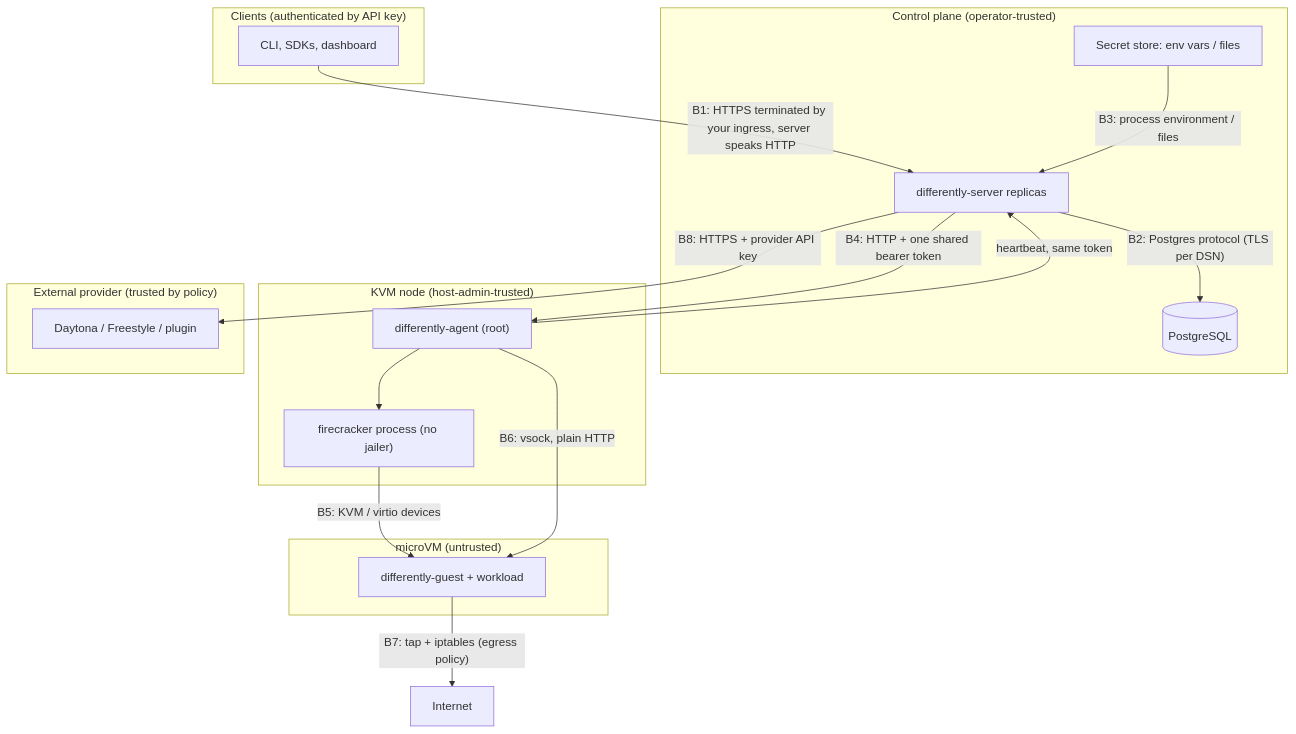
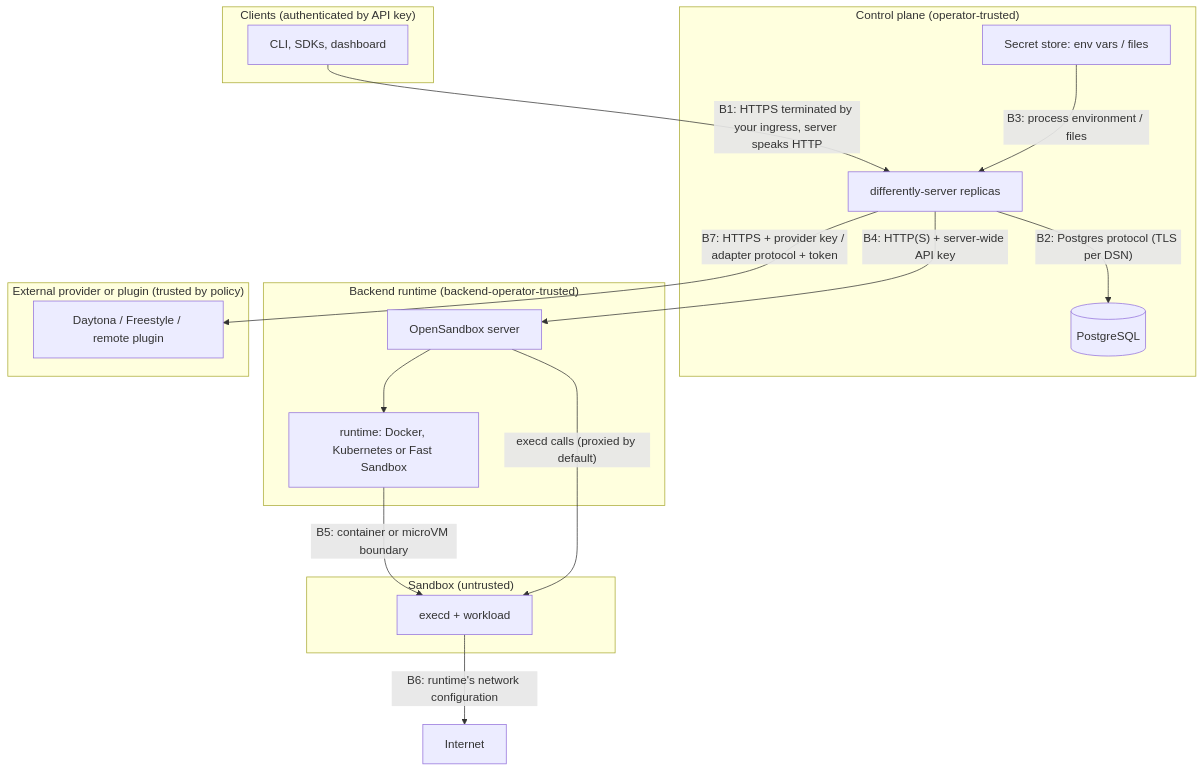
One commit to different-ai/differently changed the diagram in docs/security/trust-model.md. Above: the diagram before and after it, drawn with Mermaid. The commit also changed other lines of this file and 136 other files, not shown here.

````diff
--- a/docs/security/trust-model.md
+++ b/docs/security/trust-model.md
@@ -47,33 +62,32 @@
 ```mermaid
 flowchart TB
   subgraph Z0["Clients (authenticated by API key)"]
     C["CLI, SDKs, dashboard"]
   end
   subgraph Z1["Control plane (operator-trusted)"]
     S["differently-server replicas"]
     PG[("PostgreSQL")]
     SEC["Secret store: env vars / files"]
   end
-  subgraph Z2["KVM node (host-admin-trusted)"]
-    AG["differently-agent (root)"]
-    FC["firecracker process (no jailer)"]
+  subgraph Z2["Backend runtime (backend-operator-trusted)"]
+    OS["OpenSandbox server"]
+    RT["runtime: Docker, Kubernetes or Fast Sandbox"]
   end
-  subgraph Z3["microVM (untrusted)"]
-    GU["differently-guest + workload"]
+  subgraph Z3["Sandbox (untrusted)"]
+    EX["execd + workload"]
   end
-  subgraph Z4["External provider (trusted by policy)"]
-    EXT["Daytona / Freestyle / plugin"]
+  subgraph Z4["External provider or plugin (trusted by policy)"]
+    EXT["Daytona / Freestyle / remote plugin"]
   end
   INET["Internet"]
 
   C -- "B1: HTTPS terminated by your ingress, server speaks HTTP" --> S
   S -- "B2: Postgres protocol (TLS per DSN)" --> PG
   SEC -- "B3: process environment / files" --> S
-  S -- "B4: HTTP + one shared bearer token" --> AG
-  AG -- "heartbeat, same token" --> S
-  AG --> FC
-  FC -- "B5: KVM / virtio devices" --> GU
-  AG -- "B6: vsock, plain HTTP" --> GU
-  GU -- "B7: tap + iptables (egress policy)" --> INET
-  S -- "B8: HTTPS + provider API key" --> EXT
+  S -- "B4: HTTP(S) + server-wide API key" --> OS
+  OS --> RT
+  RT -- "B5: container or microVM boundary" --> EX
+  OS -- "execd calls (proxied by default)" --> EX
+  EX -- "B6: runtime's network configuration" --> INET
+  S -- "B7: HTTPS + provider key / adapter protocol + token" --> EXT
 ```
````
